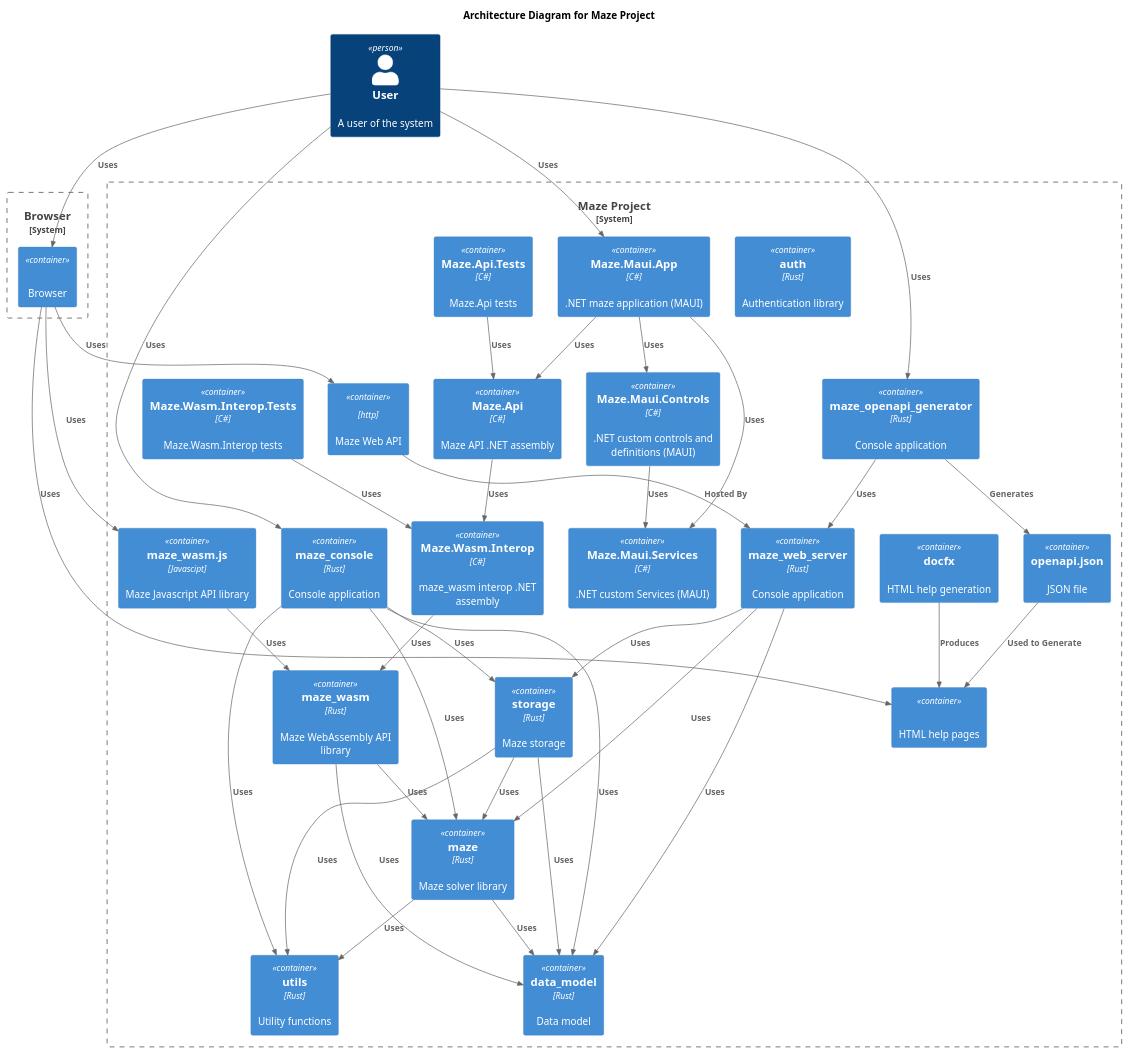
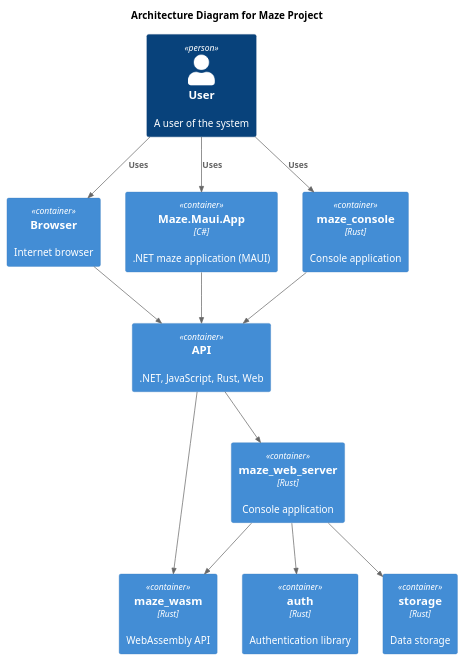
One commit to budgiedownunder/maze changed the diagram in docs/diagrams/architecture.puml. Above: the diagram before and after it, drawn with PlantUML. The commit also changed 1 other file, not shown here.

Commit message:
Add components diagram and simplify architecture diagram

```diff
--- a/docs/diagrams/architecture.puml
+++ b/docs/diagrams/architecture.puml
@@ -2,73 +2,30 @@
 @startuml
 
 !include https://raw.githubusercontent.com/plantuml-stdlib/C4-PlantUML/master/C4_Container.puml
 
 title Architecture Diagram for Maze Project
 
 Person(user, "User", "A user of the system")
 
-System_Boundary(c1, "Browser") {
-    Container(browser, "", "", "Browser")
-}
-
-System_Boundary(c2, "Maze Project") {
-    Container(html_help, "", "", "HTML help pages")
-    Container(auth, "auth", "Rust", "Authentication library")
-    Container(data_model, "data_model", "Rust", "Data model")
-    Container(docfx, "docfx", "", "HTML help generation")
-    Container(maze, "maze", "Rust", "Maze solver library")
-    Container(maze_maui_app_net, "Maze.Maui.App", "C#", ".NET maze application (MAUI)")
-    Container(maze_maui_controls_net, "Maze.Maui.Controls", "C#", ".NET custom controls and definitions (MAUI)")
-    Container(maze_maui_services_net, "Maze.Maui.Services", "C#", ".NET custom Services (MAUI)")
-    Container(maze_api_net_tests, "Maze.Api.Tests", "C#", "Maze.Api tests")
-    Container(maze_api_net, "Maze.Api", "C#", "Maze API .NET assembly")
-    Container(maze_wasm_interop_net_tests, "Maze.Wasm.Interop.Tests", "C#", "Maze.Wasm.Interop tests")
-    Container(maze_wasm_interop_net, "Maze.Wasm.Interop", "C#", "maze_wasm interop .NET assembly")
-    Container(maze_wasm_js, "maze_wasm.js", "Javascipt", "Maze Javascript API library")
-    Container(maze_wasm, "maze_wasm", "Rust", "Maze WebAssembly API library")
-    Container(maze_console, "maze_console", "Rust", "Console application")
-    Container(maze_web_api, "", "http", "Maze Web API")
-    Container(maze_web_server, "maze_web_server", "Rust", "Console application")
-    Container(maze_openapi_generator, "maze_openapi_generator", "Rust", "Console application")
-    Container(openapi_json, "openapi.json", "", "JSON file")
-    Container(storage, "storage", "Rust", "Maze storage")
-    Container(utils, "utils", "Rust", "Utility functions")
-}
+Container(auth, "auth", "Rust", "Authentication library")
+Container(browser, "Browser", "", "Internet browser")
+Container(maze_maui_app_net, "Maze.Maui.App", "C#", ".NET maze application (MAUI)")
+Container(maze_console, "maze_console", "Rust", "Console application")
+Container(api, "API", "", ".NET, JavaScript, Rust, Web")
+Container(maze_wasm, "maze_wasm", "Rust", "WebAssembly API")
+Container(maze_web_server, "maze_web_server", "Rust", "Console application")
+Container(storage, "storage", "Rust", "Data storage")
 
 Rel(user, browser, "Uses")
-Rel(browser, html_help, "Uses")
-Rel(browser, maze_wasm_js, "Uses")
-Rel(docfx, html_help, "Produces")
+Rel(user, maze_maui_app_net, "Uses")
 Rel(user, maze_console, "Uses")
-Rel(maze_console, data_model, "Uses")
-Rel(maze_console, maze, "Uses")
-Rel(maze_console, storage, "Uses")
-Rel(maze_console, utils, "Uses")
-Rel(browser, maze_web_api, "Uses")
-Rel(maze_web_api, maze_web_server, "Hosted By")
-Rel(maze_web_server, data_model, "Uses")
-Rel(maze_web_server, maze, "Uses")
-Rel(maze_web_server, storage, "Uses")
-Rel(user, maze_openapi_generator, "Uses")
-Rel(maze_openapi_generator, maze_web_server, "Uses")
-Rel(maze_openapi_generator, openapi_json, "Generates")
-Rel(openapi_json, html_help, "Used to Generate")
-Rel(user, maze_maui_app_net, "Uses")
-Rel(maze_maui_app_net, maze_maui_controls_net, "Uses")
-Rel(maze_maui_app_net, maze_maui_services_net, "Uses")
-Rel(maze_maui_app_net, maze_api_net, "Uses")
-Rel(maze_maui_controls_net, maze_maui_services_net, "Uses")
-Rel(maze_api_net_tests, maze_api_net, "Uses")
-Rel(maze_api_net, maze_wasm_interop_net, "Uses")
-Rel(maze_wasm_interop_net_tests, maze_wasm_interop_net, "Uses")
-Rel(maze_wasm_interop_net, maze_wasm, "Uses")
-Rel(maze_wasm_js, maze_wasm, "Uses")
-Rel(maze_wasm, data_model, "Uses")
-Rel(maze_wasm, maze, "Uses")
-Rel(storage, data_model, "Uses")
-Rel(storage, maze, "Uses")
-Rel(storage, utils, "Uses")
-Rel(maze, data_model, "Uses")
-Rel(maze, utils, "Uses")
+Rel(browser, api, "")
+Rel(maze_maui_app_net, api, "")
+Rel(maze_console, api, "")
+Rel(api, maze_wasm, "")
+Rel(api, maze_web_server, "")
+Rel(maze_web_server, maze_wasm, "")
+Rel(maze_web_server, auth, "")
+Rel(maze_web_server, storage, "")
 
 @enduml
```
